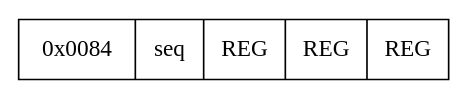
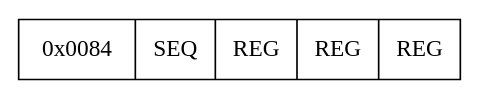
The diagram in docs/books/crexx_vm_spec/0x0084.gv (adesutherland/CREXX), drawn with Graphviz before and after one commit. The commit also changed 528 other files, not shown here.

```diff
--- a/docs/books/crexx_vm_spec/0x0084.gv
+++ b/docs/books/crexx_vm_spec/0x0084.gv
@@ -1,4 +1,4 @@
 digraph regs {
 node[shape=record]
-struct1 [label="0x0084|seq        |   REG|REG|REG         "];
+struct1 [label="0x0084|SEQ        |   REG|REG|REG         "];
 }
```
